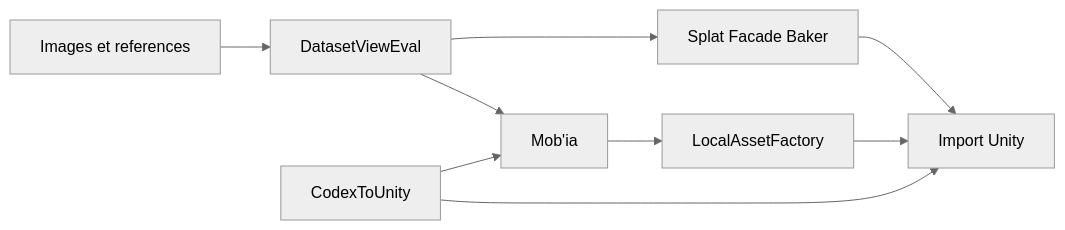
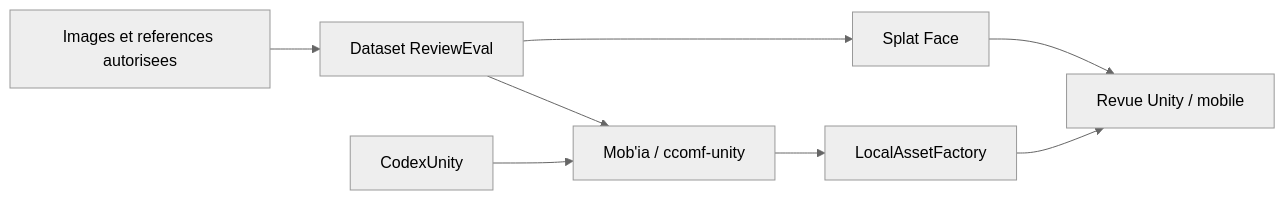
One commit to charli-dev420/presentation-projet-3d-unity changed the second of 2 diagrams in docs/project-map.md. Above: the diagram before and after it, drawn with Mermaid (neutral theme). The commit also changed other lines of this file and 28 other files, not shown here.

````diff
--- a/docs/project-map.md
+++ b/docs/project-map.md
@@ -15,11 +40,10 @@
 ```mermaid
 flowchart LR
-    A[Images et references] --> B[DatasetViewEval]
-    B --> C[Splat Facade Baker]
-    B --> D[Mob'ia]
+    A[Images et references autorisees] --> B[Dataset ReviewEval]
+    B --> C[Splat Face]
+    B --> D[Mob'ia / ccomf-unity]
+    G[CodexUnity] --> D
     D --> E[LocalAssetFactory]
-    C --> F[Import Unity]
+    C --> F[Revue Unity / mobile]
     E --> F
-    G[CodexToUnity] --> D
-    G --> F
 ```
````
